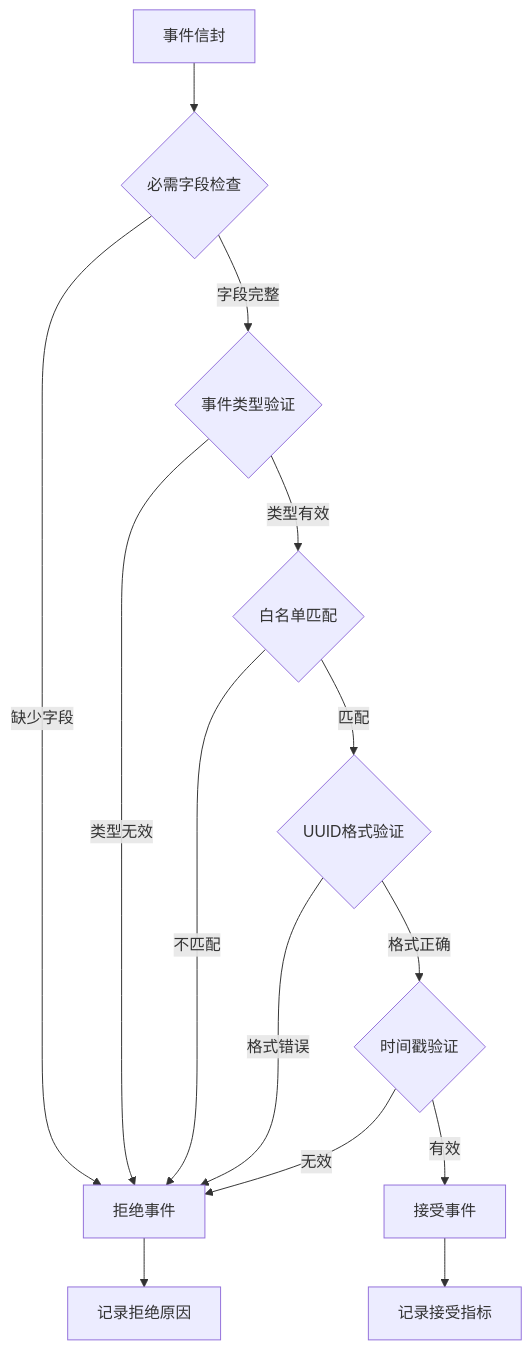
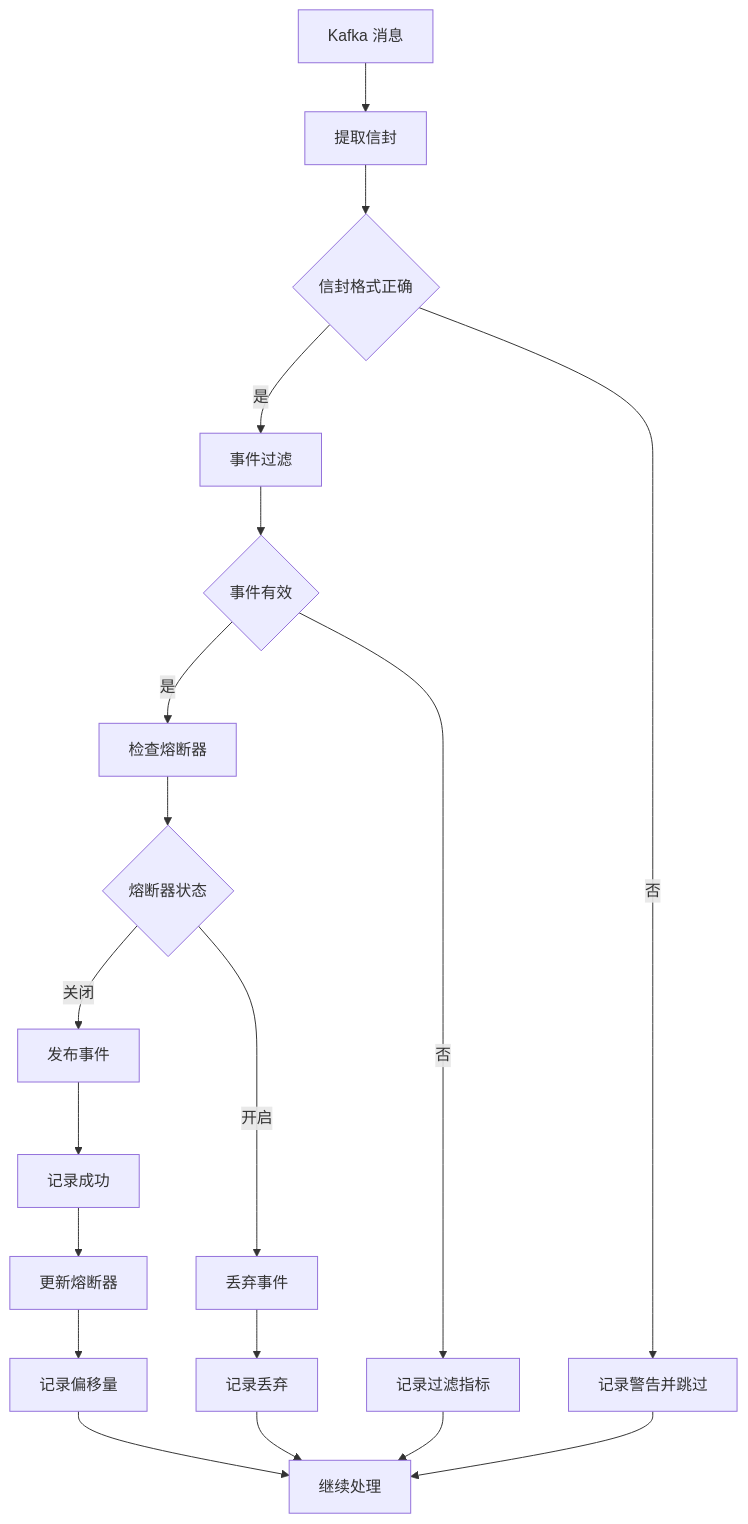
One commit to zhiyue/infinite-scribe changed the third of 11 diagrams in apps/backend/src/services/eventbridge/README.md. Above: the diagram before and after it, drawn with Mermaid. The commit also changed other lines of this file and 1 other file, not shown here.

````diff
--- a/apps/backend/src/services/eventbridge/README.md
+++ b/apps/backend/src/services/eventbridge/README.md
@@ -126,17 +114,26 @@
 ```mermaid
-graph TD
-    A[事件信封] --> B{必需字段检查}
-    B -->|缺少字段| C[拒绝事件]
-    B -->|字段完整| D{事件类型验证}
-    D -->|类型无效| C
-    D -->|类型有效| E{白名单匹配}
-    E -->|不匹配| C
-    E -->|匹配| F{UUID格式验证}
-    F -->|格式错误| C
-    F -->|格式正确| G{时间戳验证}
-    G -->|无效| C
-    G -->|有效| H[接受事件]
+flowchart TD
+    A[Kafka 消息] --> B[提取信封]
+    B --> C{信封格式正确}
     
-    C --> I[记录拒绝原因]
-    H --> J[记录接受指标]
+    C -->|是| D[事件过滤]
+    C -->|否| E[记录警告并跳过]
+    
+    D --> F{事件有效}
+    F -->|是| G[检查熔断器]
+    F -->|否| H[记录过滤指标]
+    
+    G --> I{熔断器状态}
+    I -->|关闭| J[发布事件]
+    I -->|开启| K[丢弃事件]
+    
+    J --> L[记录成功]
+    L --> M[更新熔断器]
+    M --> N[记录偏移量]
+    
+    K --> O[记录丢弃]
+    H --> P[继续处理]
+    E --> P
+    N --> P
+    O --> P
 ```
````
